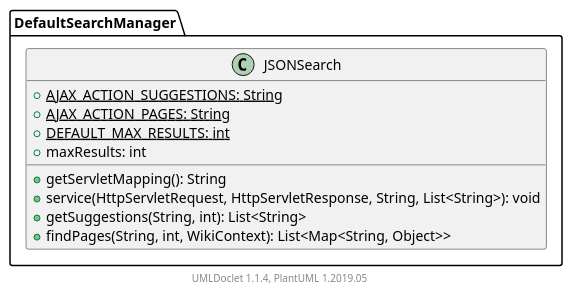
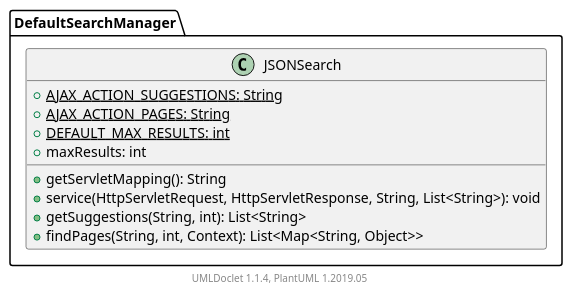
The diagram in apidocs/2.11.0.M7-SNAPSHOT/org/apache/wiki/search/DefaultSearchManager.JSONSearch.puml (apache/jspwiki-site), drawn with PlantUML before and after one commit. The commit also changed 1432 other files, not shown here.

```diff
--- a/apidocs/2.11.0.M7-SNAPSHOT/org/apache/wiki/search/DefaultSearchManager.JSONSearch.puml
+++ b/apidocs/2.11.0.M7-SNAPSHOT/org/apache/wiki/search/DefaultSearchManager.JSONSearch.puml
@@ -1,16 +1,16 @@
 @startuml
 
     class DefaultSearchManager.JSONSearch [[DefaultSearchManager.JSONSearch.html]] {
         {static} +AJAX_ACTION_SUGGESTIONS: String
         {static} +AJAX_ACTION_PAGES: String
         {static} +DEFAULT_MAX_RESULTS: int
         +maxResults: int
         +getServletMapping(): String
         +service(HttpServletRequest, HttpServletResponse, String, List<String>): void
         +getSuggestions(String, int): List<String>
-        +findPages(String, int, WikiContext): List<Map<String, Object>>
+        +findPages(String, int, Context): List<Map<String, Object>>
     }
 
 
     center footer UMLDoclet 1.1.4, PlantUML 1.2019.05
 @enduml
```
